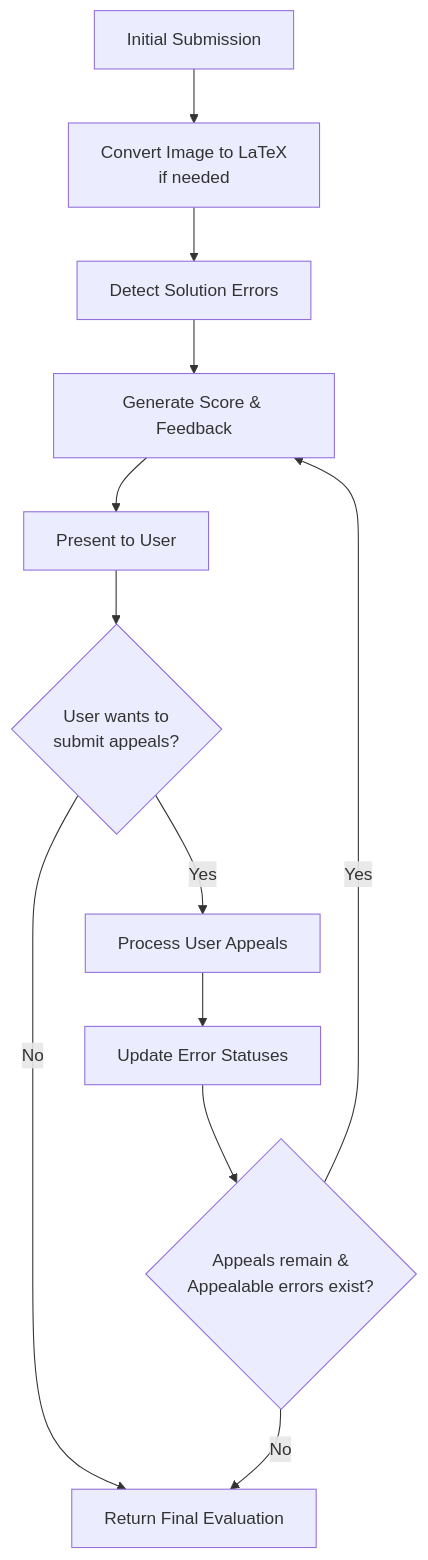
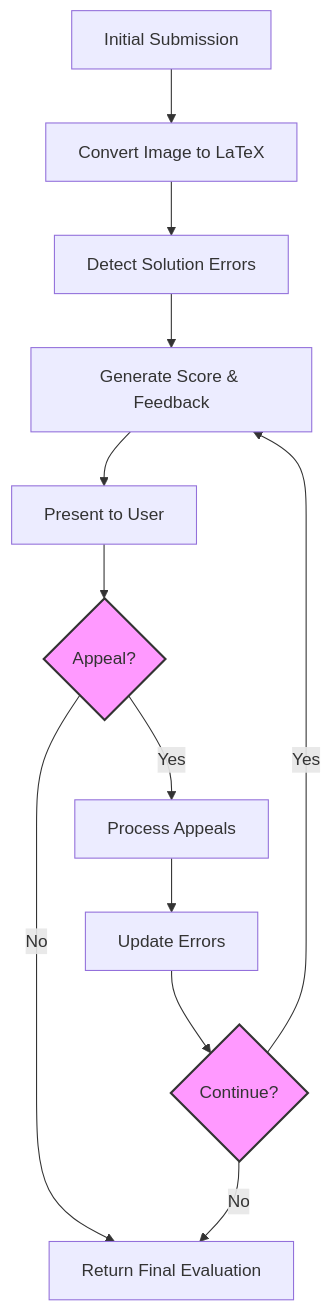
One commit to thanh913/MOOJ changed the diagram in docs/evaluation-pipeline.md. Above: the diagram before and after it, drawn with Mermaid. The commit also changed other lines of this file, not shown here.

Commit message:
Improve Mermaid diagram rendering for evaluation loop

````diff
--- a/docs/evaluation-pipeline.md
+++ b/docs/evaluation-pipeline.md
@@ -28,14 +28,17 @@
 ```mermaid
 flowchart TD
-    A[Initial Submission] --> B[Convert Image to LaTeX\nif needed]
+    A[Initial Submission] --> B[Convert Image to LaTeX]
     B --> C[Detect Solution Errors]
     C --> D[Generate Score & Feedback]
     D --> E[Present to User]
-    E --> F{User wants to\nsubmit appeals?}
+    E --> F{Appeal?}
     F -->|No| G[Return Final Evaluation]
-    F -->|Yes| H[Process User Appeals]
-    H --> I[Update Error Statuses]
-    I --> J{Appeals remain &\nAppealable errors exist?}
+    F -->|Yes| H[Process Appeals]
+    H --> I[Update Errors]
+    I --> J{Continue?}
     J -->|Yes| D
     J -->|No| G
+    
+    classDef decision fill:#f9f,stroke:#333,stroke-width:2px;
+    class F,J decision;
 ```
````
